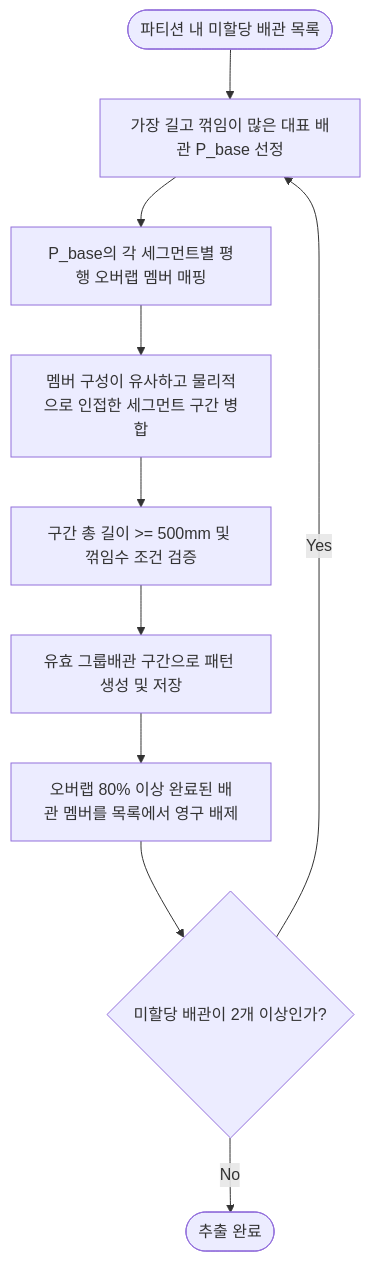
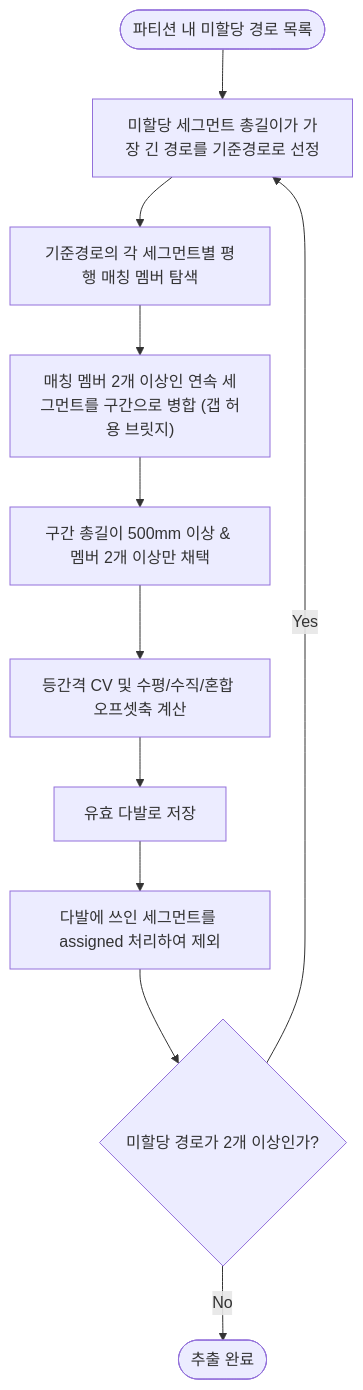
The diagram in Docs/20260712_Group Piping Pattern Extraction.md (overcomsoft/TopK), drawn with Mermaid before and after one commit. The commit also changed other lines of this file and 7 other files, not shown here.

````diff
--- a/Docs/20260712_Group Piping Pattern Extraction.md
+++ b/Docs/20260712_Group Piping Pattern Extraction.md
@@ -86,12 +125,13 @@
 ```mermaid
 graph TD
-    Start([파티션 내 미할당 배관 목록]) --> PickBase[가장 길고 꺾임이 많은 대표 배관 P_base 선정]
-    PickBase --> MapSeg[P_base의 각 세그먼트별 평행 오버랩 멤버 매핑]
-    MapSeg --> MergeCont[멤버 구성이 유사하고 물리적으로 인접한 세그먼트 구간 병합]
-    MergeCont --> FilterSec[구간 총 길이 >= 500mm 및 꺾임수 조건 검증]
-    FilterSec --> SaveSec[유효 그룹배관 구간으로 패턴 생성 및 저장]
-    SaveSec --> ExcludeRoute[오버랩 80% 이상 완료된 배관 멤버를 목록에서 영구 배제]
-    ExcludeRoute --> CheckRemaining{미할당 배관이 2개 이상인가?}
+    Start([파티션 내 미할당 경로 목록]) --> PickBase[미할당 세그먼트 총길이가 가장 긴 경로를 기준경로로 선정]
+    PickBase --> MapSeg[기준경로의 각 세그먼트별 평행 매칭 멤버 탐색]
+    MapSeg --> MergeCont["매칭 멤버 2개 이상인 연속 세그먼트를 구간으로 병합 (갭 허용 브릿지)"]
+    MergeCont --> FilterSec[구간 총길이 500mm 이상 & 멤버 2개 이상만 채택]
+    FilterSec --> ComputeReg[등간격 CV 및 수평/수직/혼합 오프셋축 계산]
+    ComputeReg --> SaveSec[유효 다발로 저장]
+    SaveSec --> ExcludeRoute[다발에 쓰인 세그먼트를 assigned 처리하여 제외]
+    ExcludeRoute --> CheckRemaining{미할당 경로가 2개 이상인가?}
     CheckRemaining -- Yes --> PickBase
     CheckRemaining -- No --> End([추출 완료])
 ```
````
